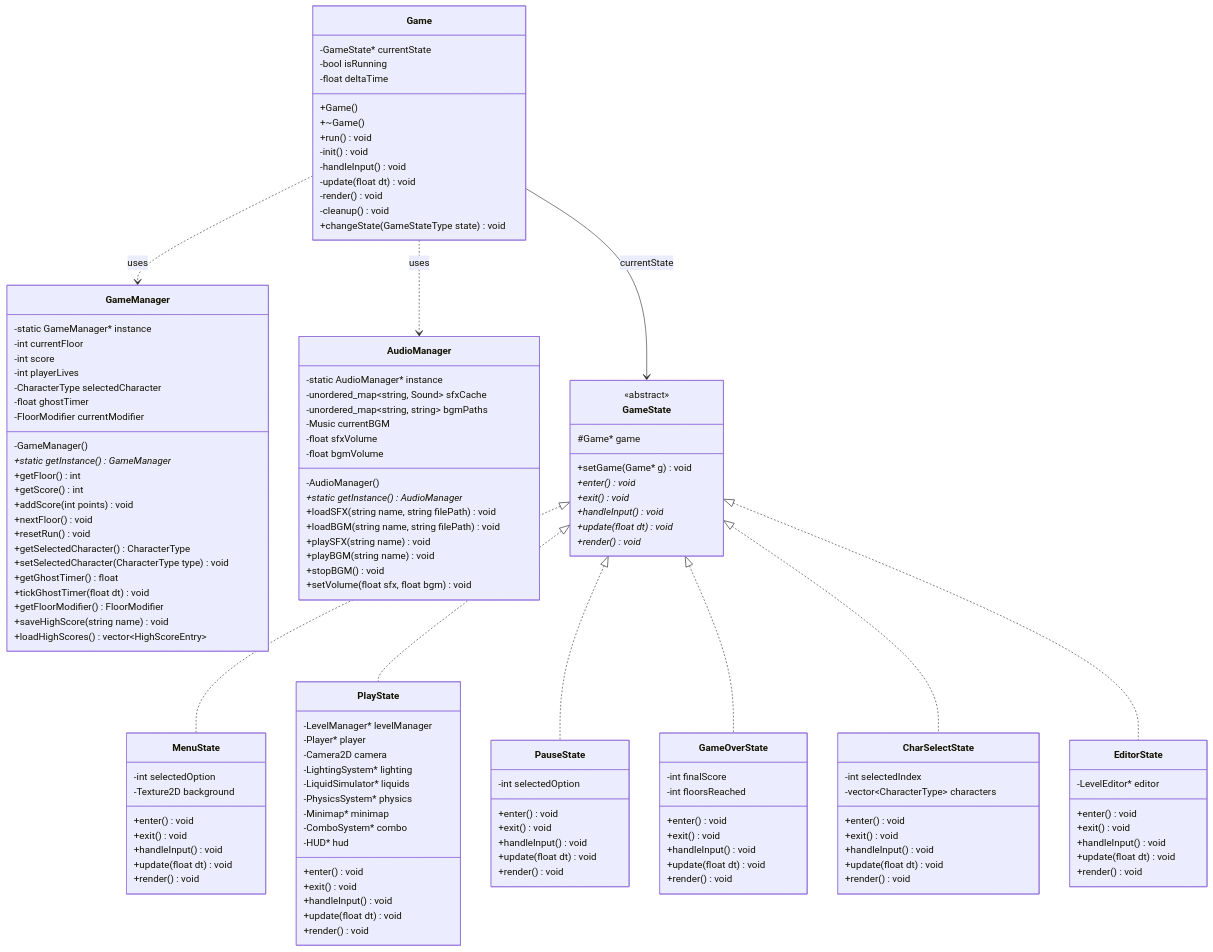
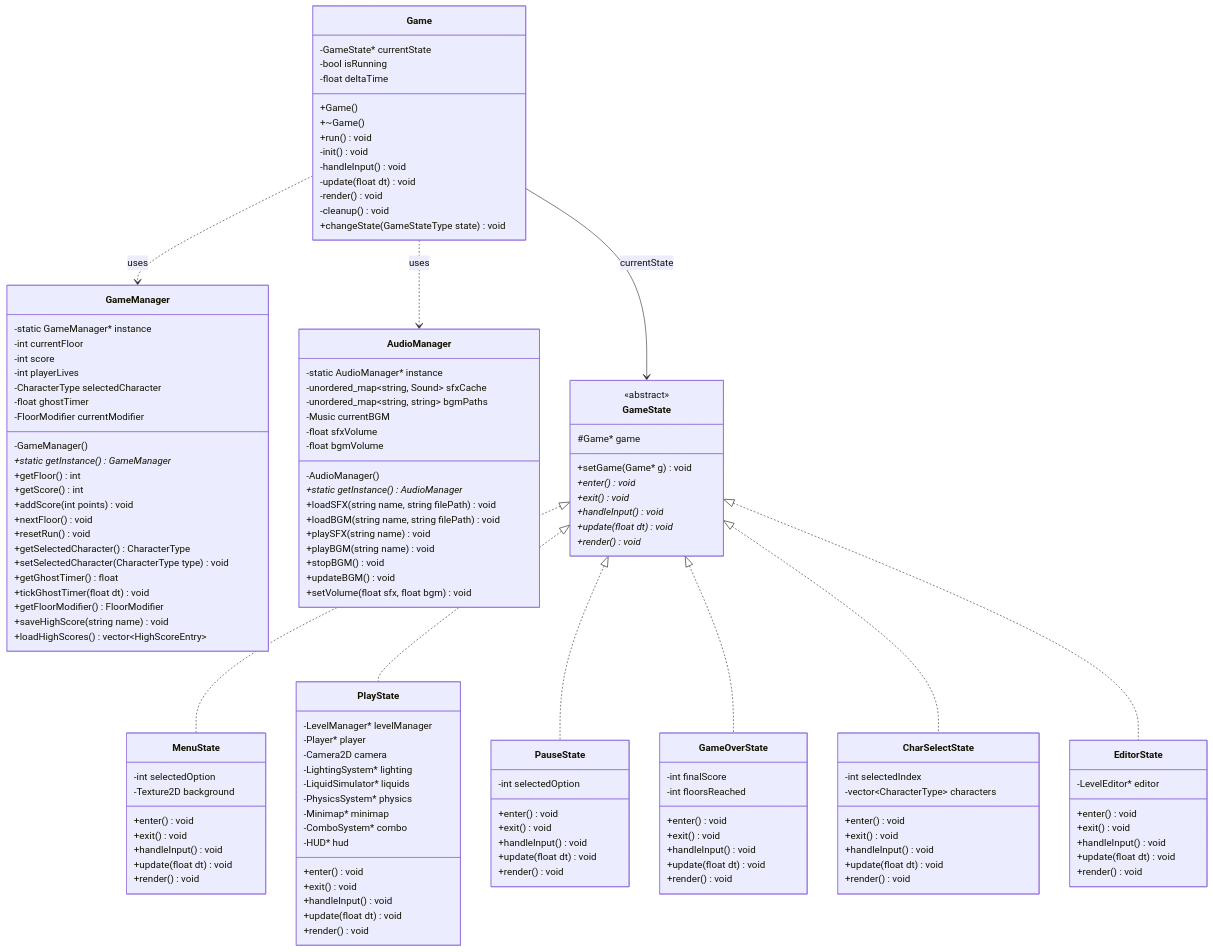
Before and after one commit to Gasmask-Chan/CS202-Cavern-Descent: the first of 8 diagrams in project_plan.md, drawn with Mermaid. The commit also changed 2 other files, not shown here.

Commit message:
fix: strictly align AudioManager with UML plan

```diff
--- a/project_plan.md
+++ b/project_plan.md
@@ -353,6 +353,7 @@
         +playSFX(string name) void
         +playBGM(string name) void
         +stopBGM() void
+        +updateBGM() void
         +setVolume(float sfx, float bgm) void
     }
 
```
